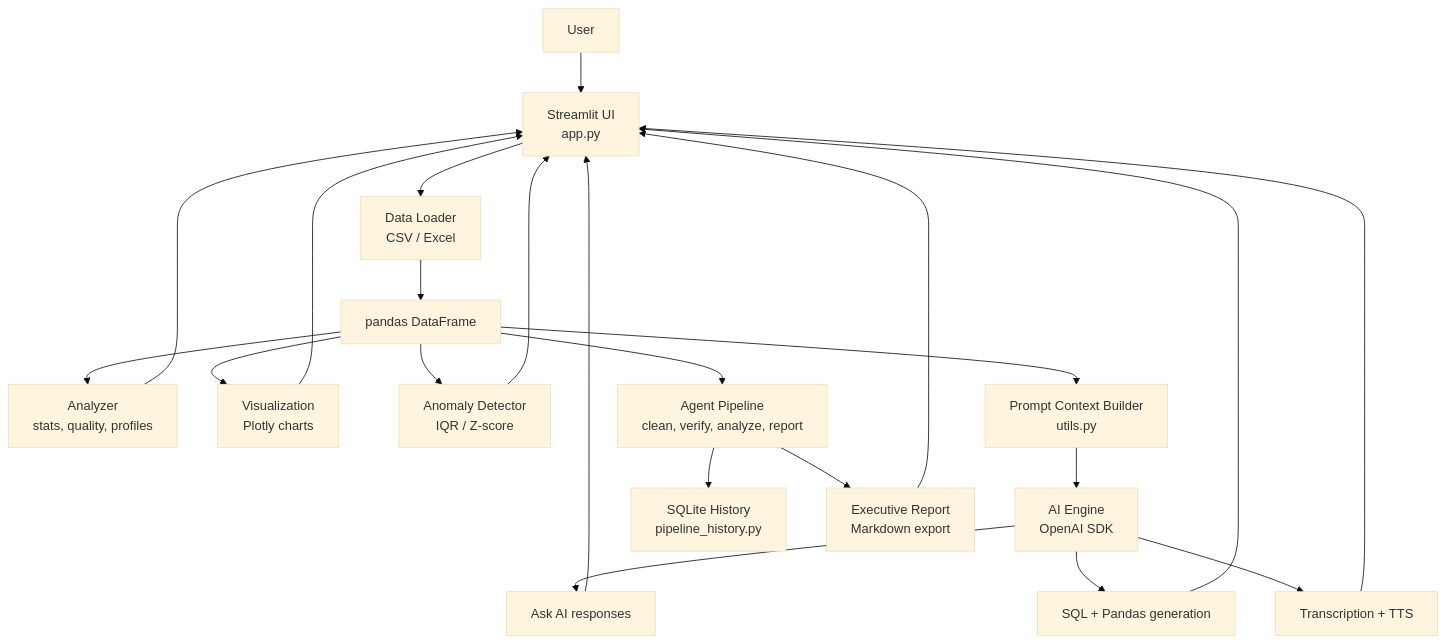
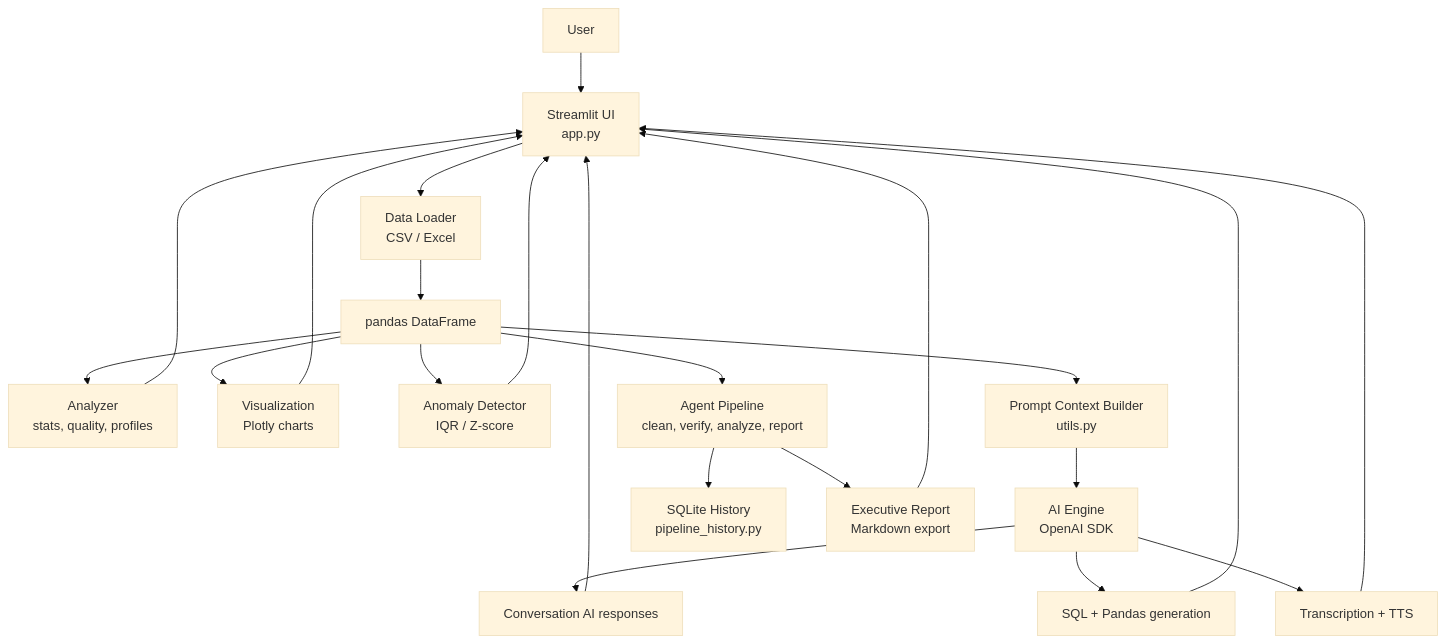
Before and after one commit to AryanHooda-04/AI_Data_Analyst: the diagram in README.md, drawn with Mermaid (base theme). The commit also changed other lines of this file and 5 other files, not shown here.

Commit message:
Implement conversation AI chat

````diff
--- a/README.md
+++ b/README.md
@@ -62,24 +62,24 @@
 ```mermaid
 flowchart TD
     User["User"] --> UI["Streamlit UI<br/>app.py"]
     UI --> Loader["Data Loader<br/>CSV / Excel"]
     Loader --> DF["pandas DataFrame"]
     DF --> Analyzer["Analyzer<br/>stats, quality, profiles"]
     DF --> Viz["Visualization<br/>Plotly charts"]
     DF --> Anomaly["Anomaly Detector<br/>IQR / Z-score"]
     DF --> Pipeline["Agent Pipeline<br/>clean, verify, analyze, report"]
     DF --> Context["Prompt Context Builder<br/>utils.py"]
     Context --> AI["AI Engine<br/>OpenAI SDK"]
-    AI --> Ask["Ask AI responses"]
+    AI --> Chat["Conversation AI responses"]
     AI --> Code["SQL + Pandas generation"]
     AI --> Voice["Transcription + TTS"]
     Pipeline --> History["SQLite History<br/>pipeline_history.py"]
     Pipeline --> Report["Executive Report<br/>Markdown export"]
-    Ask --> UI
+    Chat --> UI
     Code --> UI
     Viz --> UI
     Analyzer --> UI
     Anomaly --> UI
     Report --> UI
     Voice --> UI
 ```
````
